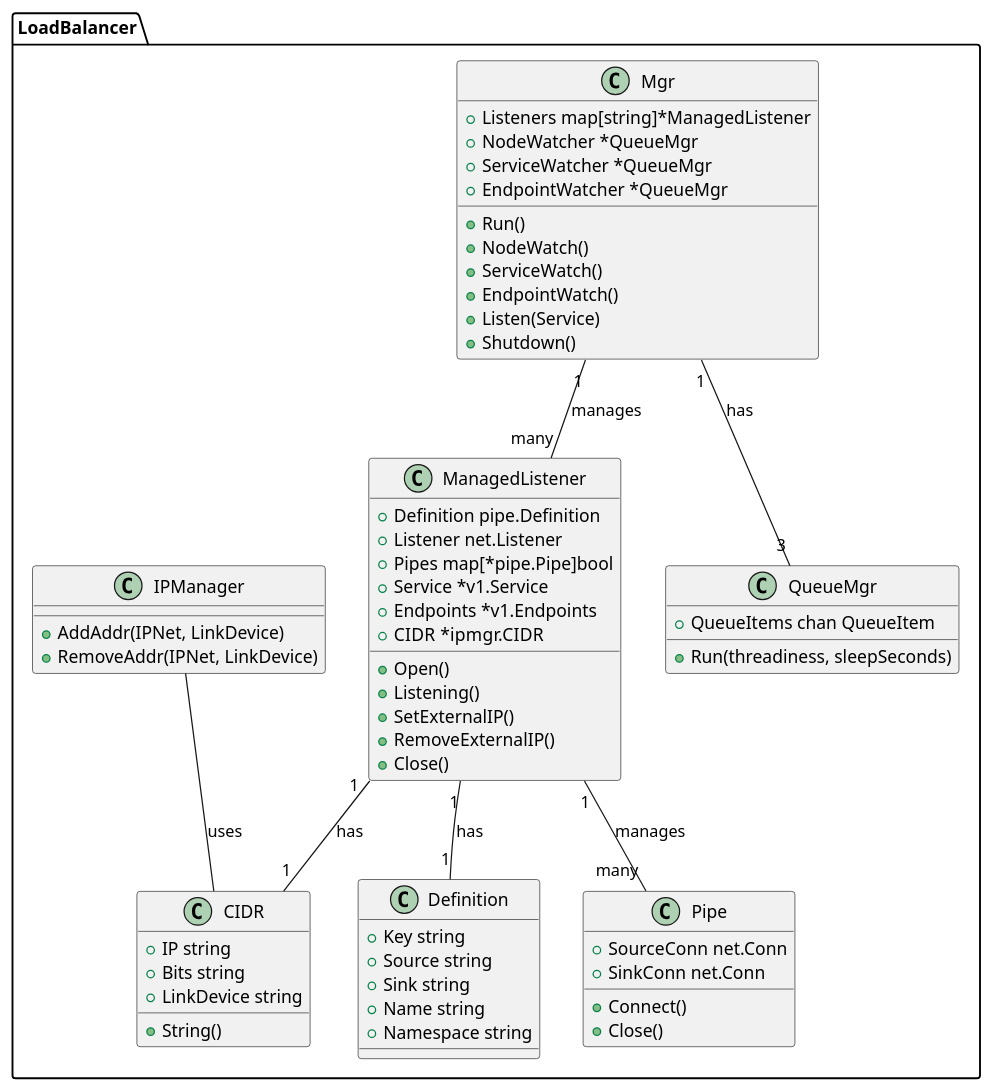
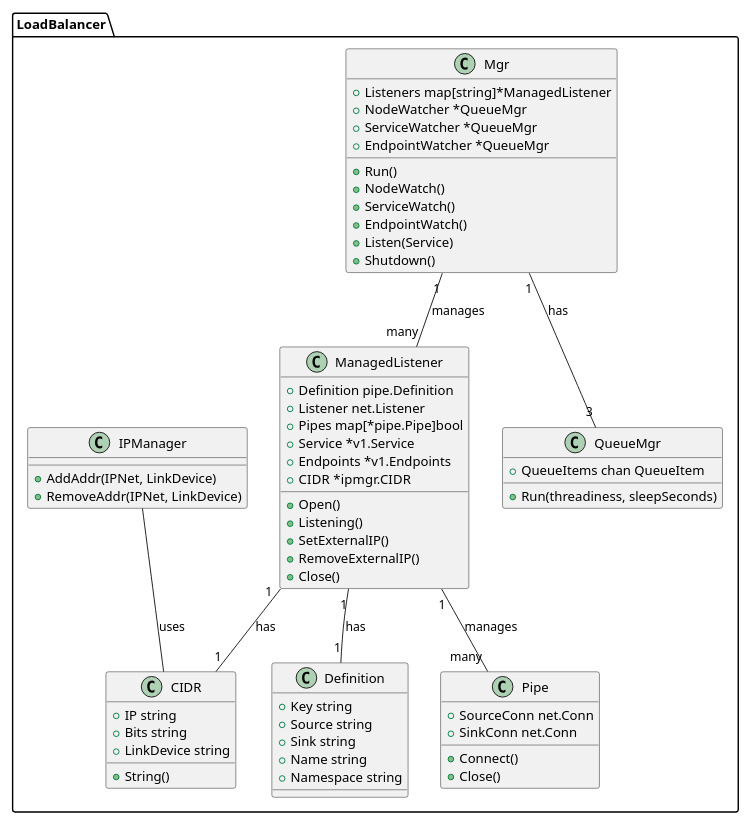
One commit to davidwalter0/loadbalancer changed the first of 7 diagrams in doc/architecture-diagrams.org. Above: the diagram before and after it, drawn with PlantUML. The commit also changed other lines of this file and 67 other files, not shown here.

```diff
--- a/doc/architecture-diagrams.org
+++ b/doc/architecture-diagrams.org
@@ -9,71 +10,73 @@
-#+begin_src plantuml :file system-components.png
+#+begin_src plantuml :file system-components.png :results file
 @startuml
+scale 0.75
+
 package "LoadBalancer" {
   class Mgr {
     +Listeners map[string]*ManagedListener
     +NodeWatcher *QueueMgr
     +ServiceWatcher *QueueMgr
     +EndpointWatcher *QueueMgr
     +Run()
     +NodeWatch()
     +ServiceWatch()
     +EndpointWatch()
     +Listen(Service)
     +Shutdown()
   }
   
   class ManagedListener {
     +Definition pipe.Definition
     +Listener net.Listener
     +Pipes map[*pipe.Pipe]bool
     +Service *v1.Service
     +Endpoints *v1.Endpoints
     +CIDR *ipmgr.CIDR
     +Open()
     +Listening()
     +SetExternalIP()
     +RemoveExternalIP()
     +Close()
   }
   
   class Pipe {
     +SourceConn net.Conn
     +SinkConn net.Conn
     +Connect()
     +Close()
   }
   
   class IPManager {
     +AddAddr(IPNet, LinkDevice)
     +RemoveAddr(IPNet, LinkDevice)
   }
   
   class QueueMgr {
     +QueueItems chan QueueItem
     +Run(threadiness, sleepSeconds)
   }
   
   class Definition {
     +Key string
     +Source string
     +Sink string
     +Name string
     +Namespace string
   }
   
   class CIDR {
     +IP string
     +Bits string
     +LinkDevice string
     +String()
   }
 }
 
 Mgr "1" -- "many" ManagedListener : manages
 ManagedListener "1" -- "many" Pipe : manages
 ManagedListener "1" -- "1" Definition : has
 ManagedListener "1" -- "1" CIDR : has
 Mgr "1" -- "3" QueueMgr : has
 IPManager -- CIDR : uses
 @enduml
 #+end_src
```
